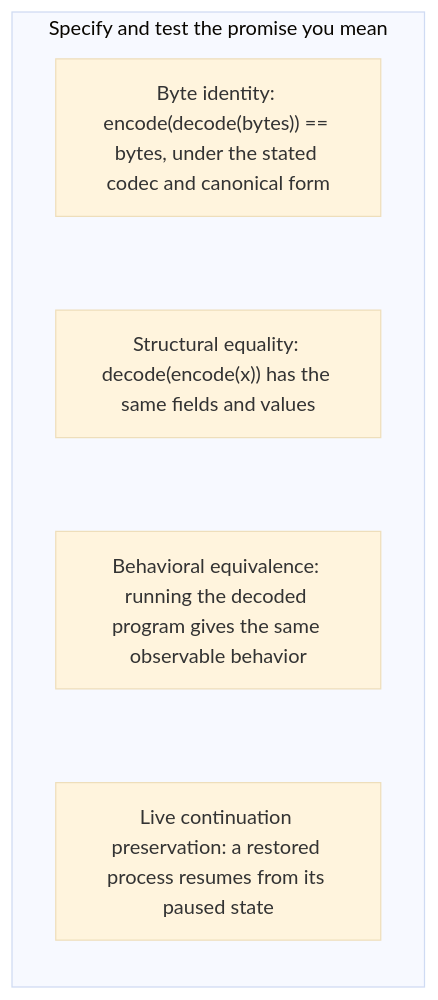
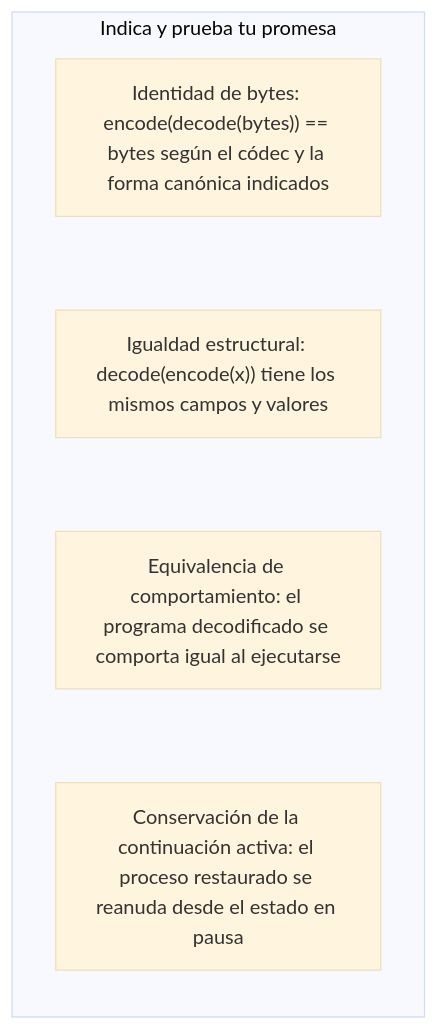
One commit to dullroar/aprende-a-programar-como-un-bicho-raro changed the diagram in lessons/cs-source/concepts/serialization-deserialization-pickling.md. Above: the diagram before and after it, drawn with Mermaid (base theme). The commit also changed other lines of this file and 42 other files, not shown here.

````diff
--- a/lessons/cs-source/concepts/serialization-deserialization-pickling.md
+++ b/lessons/cs-source/concepts/serialization-deserialization-pickling.md
@@ -17,13 +17,13 @@
 ```mermaid
 flowchart TB
-    accTitle: "Round-trip" does not mean one single kind of sameness
-    accDescr: Four separate promises, drawn as four cards with no order between them, inside one frame labeled specify and test the promise you mean. Byte identity says encoding the decoded bytes gives the same bytes under the stated codec rules. Structural equality says decoding the encoded value gives the same fields and values. Behavioral equivalence says running the decoded program gives the same observable behavior. Live continuation preservation says a restored process resumes from its paused state.
-    subgraph P["Specify and test the promise you mean"]
+    accTitle: "Ida y vuelta" no significa una sola clase de igualdad
+    accDescr: Cuatro promesas distintas, dibujadas como cuatro tarjetas sin orden entre ellas. Las rodea un recuadro que dice: indica y prueba la promesa que quieres hacer. La identidad de bytes dice que codificar los bytes decodificados da los mismos bytes según las reglas de codificación indicadas. La igualdad estructural dice que al decodificar el valor codificado se obtienen los mismos campos y valores. La equivalencia de comportamiento dice que ejecutar el programa decodificado da el mismo comportamiento observable. Conservar la continuación activa significa que un proceso restaurado se reanuda desde el estado en el que quedó en pausa.
+    subgraph P["Indica y prueba tu promesa"]
         direction TB
-        C1["Byte identity: encode(decode(bytes)) == bytes, under the stated codec and canonical form"]
-        C2["Structural equality: decode(encode(x)) has the same fields and values"]
-        C3["Behavioral equivalence: running the decoded program gives the same observable behavior"]
-        C4["Live continuation preservation: a restored process resumes from its paused state"]
+        C1["Identidad de bytes: encode(decode(bytes)) == bytes según el códec y la forma canónica indicados"]
+        C2["Igualdad estructural: decode(encode(x)) tiene los mismos campos y valores"]
+        C3["Equivalencia de comportamiento: el programa decodificado se comporta igual al ejecutarse"]
+        C4["Conservación de la continuación activa: el proceso restaurado se reanuda desde el estado en pausa"]
         C1 ~~~ C2 ~~~ C3 ~~~ C4
     end
 ```
````
